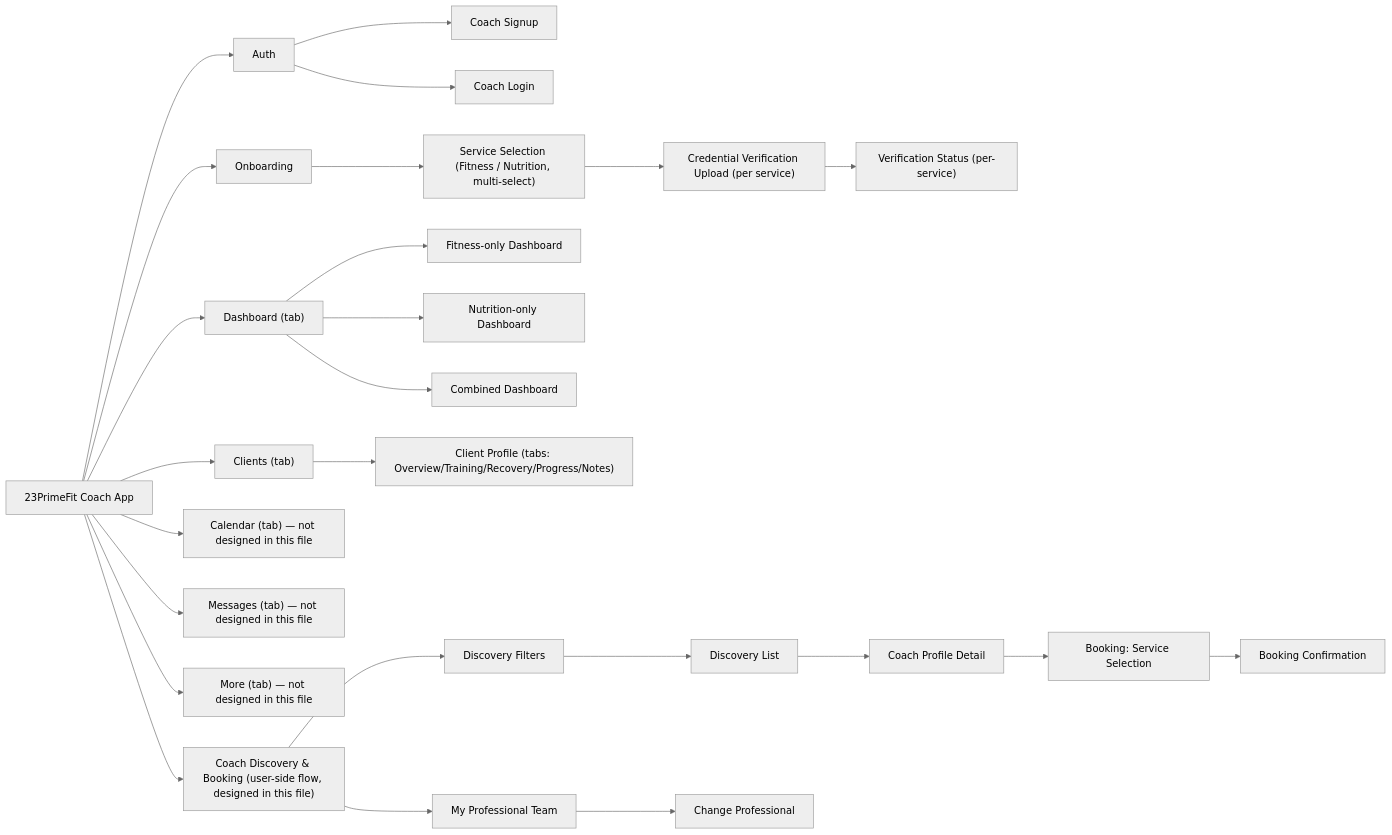
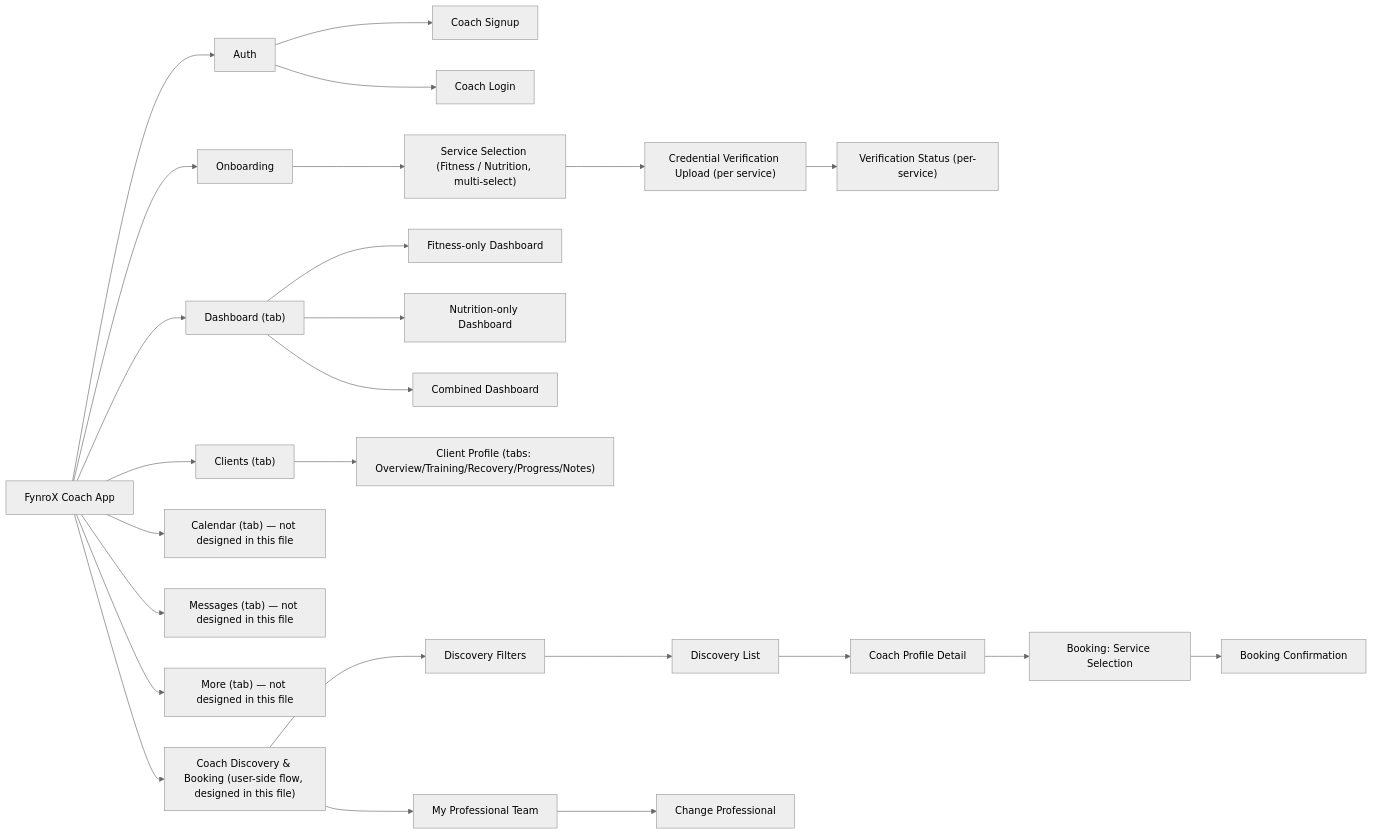
Before and after one commit to vinodvin42/fitness-ai-app: the diagram in docs/coach/02-information-architecture.md, drawn with Mermaid (neutral theme). The commit also changed 113 other files, not shown here.

````diff
--- a/docs/coach/02-information-architecture.md
+++ b/docs/coach/02-information-architecture.md
@@ -15,28 +15,28 @@
 ```mermaid
 flowchart LR
-    Root["23PrimeFit Coach App"]
+    Root["FynroX Coach App"]
 
     Root --> Auth["Auth"]
     Auth --> A1["Coach Signup"]
     Auth --> A2["Coach Login"]
 
     Root --> OB["Onboarding"]
     OB --> OB1["Service Selection (Fitness / Nutrition, multi-select)"] --> OB2["Credential Verification Upload (per service)"] --> OB3["Verification Status (per-service)"]
 
     Root --> Dash["Dashboard (tab)"]
     Dash --> D1["Fitness-only Dashboard"]
     Dash --> D2["Nutrition-only Dashboard"]
     Dash --> D3["Combined Dashboard"]
 
     Root --> Clients["Clients (tab)"]
     Clients --> C1["Client Profile (tabs: Overview/Training/Recovery/Progress/Notes)"]
 
     Root --> Cal["Calendar (tab) — not designed in this file"]
     Root --> Msg["Messages (tab) — not designed in this file"]
     Root --> More["More (tab) — not designed in this file"]
 
     Root --> Disc["Coach Discovery & Booking (user-side flow, designed in this file)"]
     Disc --> U1["Discovery Filters"] --> U2["Discovery List"] --> U3["Coach Profile Detail"]
     U3 --> U4["Booking: Service Selection"] --> U5["Booking Confirmation"]
     Disc --> U6["My Professional Team"] --> U7["Change Professional"]
 ```
````
